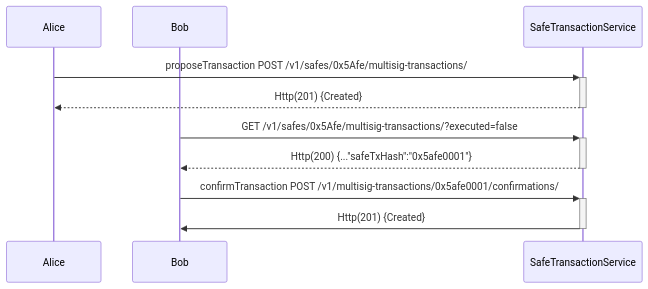
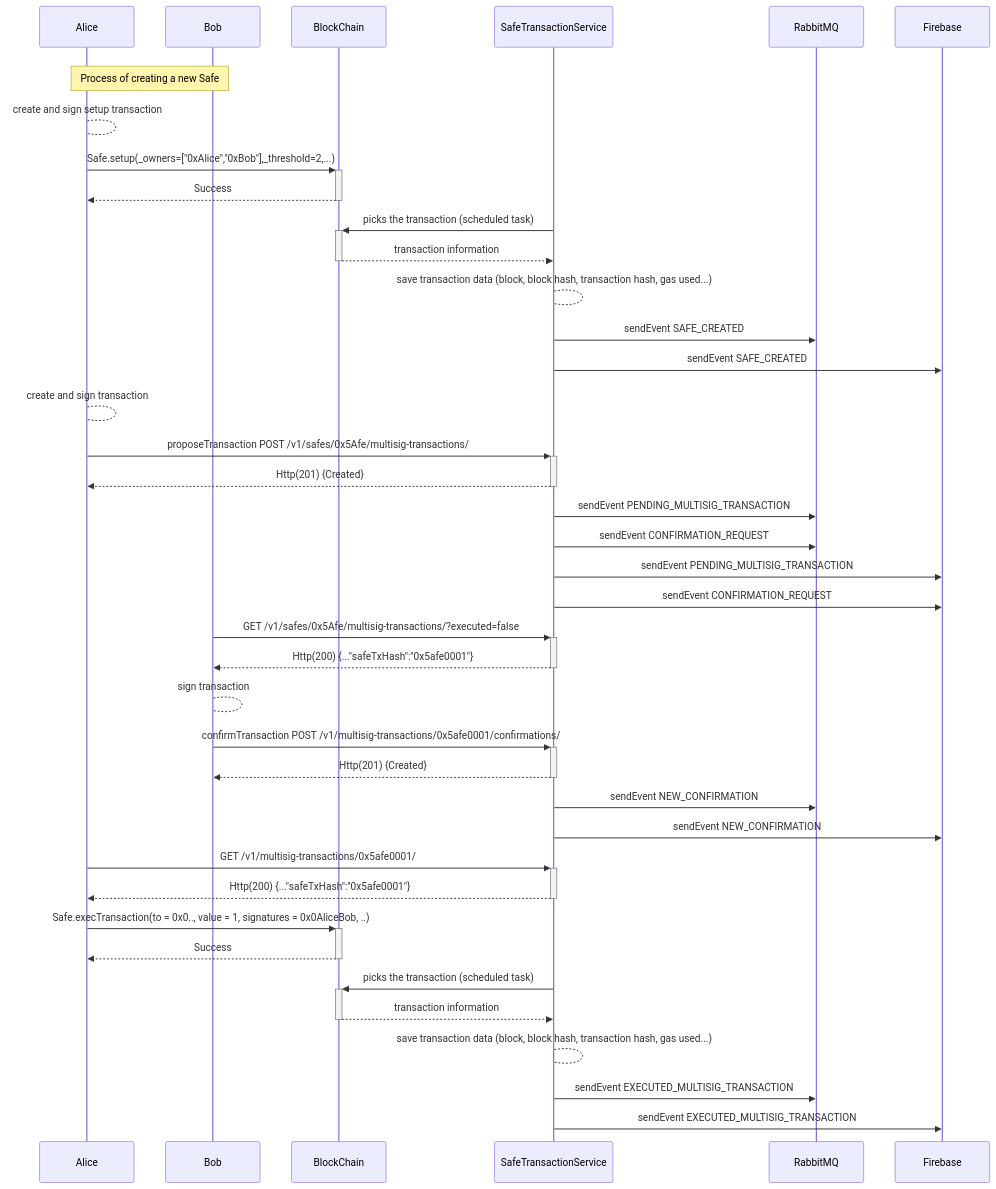
The first of 2 diagrams in pages/api-service-architecture/safe-transaction-service.mdx (safe-global/safe-docs), drawn with Mermaid before and after one commit.

Commit message:
Update flowchart for safe transaction service

````diff
--- a/pages/api-service-architecture/safe-transaction-service.mdx
+++ b/pages/api-service-architecture/safe-transaction-service.mdx
@@ -74,11 +74,40 @@
 ``` mermaid
 sequenceDiagram
     participant A as Alice
     participant B as Bob
+    participant BlockChain
+    rect rgba(255,255,255,.1)
+    Note over A,B: Process of creating a new Safe 
+    A-->A: create and sign setup transaction
+    A->>+BlockChain: Safe.setup(_owners=["0xAlice","0xBob"],_threshold=2,...)
+    BlockChain-->>-A: Success
+    SafeTransactionService->>+BlockChain: picks the transaction (scheduled task)
+    BlockChain-->>-SafeTransactionService: transaction information
+    SafeTransactionService-->SafeTransactionService: save transaction data (block, block hash, transaction hash, gas used...)
+    SafeTransactionService->>RabbitMQ: sendEvent SAFE_CREATED
+    SafeTransactionService->>Firebase: sendEvent SAFE_CREATED
+    end
+    A-->A: create and sign transaction
     A->>+SafeTransactionService: proposeTransaction POST /v1/safes/0x5Afe/multisig-transactions/
     SafeTransactionService-->>-A: Http(201) {Created}
+    SafeTransactionService->>RabbitMQ: sendEvent PENDING_MULTISIG_TRANSACTION
+    SafeTransactionService->>RabbitMQ: sendEvent CONFIRMATION_REQUEST
+    SafeTransactionService->>Firebase: sendEvent PENDING_MULTISIG_TRANSACTION
+    SafeTransactionService->>Firebase: sendEvent CONFIRMATION_REQUEST
     B->>+SafeTransactionService: GET /v1/safes/0x5Afe/multisig-transactions/?executed=false
     SafeTransactionService-->>-B: Http(200) {..."safeTxHash":"0x5afe0001"}
+    B-->B: sign transaction
     B->>+SafeTransactionService: confirmTransaction POST /v1/multisig-transactions/0x5afe0001/confirmations/
-    SafeTransactionService->>-B: Http(201) {Created}
+    SafeTransactionService-->>-B: Http(201) {Created}
+    SafeTransactionService->>RabbitMQ: sendEvent NEW_CONFIRMATION
+    SafeTransactionService->>Firebase: sendEvent NEW_CONFIRMATION
+    A->>+SafeTransactionService: GET /v1/multisig-transactions/0x5afe0001/
+    SafeTransactionService-->>-A: Http(200) {..."safeTxHash":"0x5afe0001"}
+    A->>+BlockChain: Safe.execTransaction(to = 0x0.., value = 1, signatures = 0x0AliceBob, ..)
+    BlockChain-->>-A: Success
+    SafeTransactionService->>+BlockChain: picks the transaction (scheduled task)
+    BlockChain-->>-SafeTransactionService: transaction information
+    SafeTransactionService-->SafeTransactionService: save transaction data (block, block hash, transaction hash, gas used...)
+    SafeTransactionService->>RabbitMQ: sendEvent EXECUTED_MULTISIG_TRANSACTION
+    SafeTransactionService->>Firebase: sendEvent EXECUTED_MULTISIG_TRANSACTION
 ```
````
